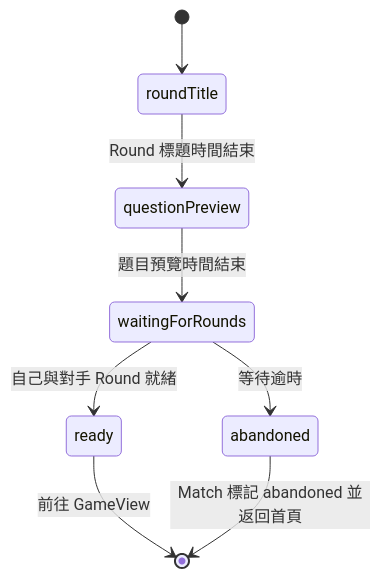
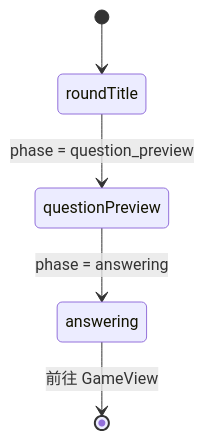
The sixth of 10 diagrams in GAME_FLOW.md (HsiaoChuanWang/lightning), drawn with Mermaid before and after one commit. The commit also changed other lines of this file and 22 other files, not shown here.

Commit message:
feat: synchronize backend game flow and refine round and rematch transitions

````diff
--- a/GAME_FLOW.md
+++ b/GAME_FLOW.md
@@ -158,10 +180,7 @@
 ```mermaid
 stateDiagram-v2
     [*] --> roundTitle
-    roundTitle --> questionPreview: Round 標題時間結束
-    questionPreview --> waitingForRounds: 題目預覽時間結束
-    waitingForRounds --> ready: 自己與對手 Round 就緒
-    waitingForRounds --> abandoned: 等待逾時
-    ready --> [*]: 前往 GameView
-    abandoned --> [*]: Match 標記 abandoned 並返回首頁
+    roundTitle --> questionPreview: phase = question_preview
+    questionPreview --> answering: phase = answering
+    answering --> [*]: 前往 GameView
 ```
````
